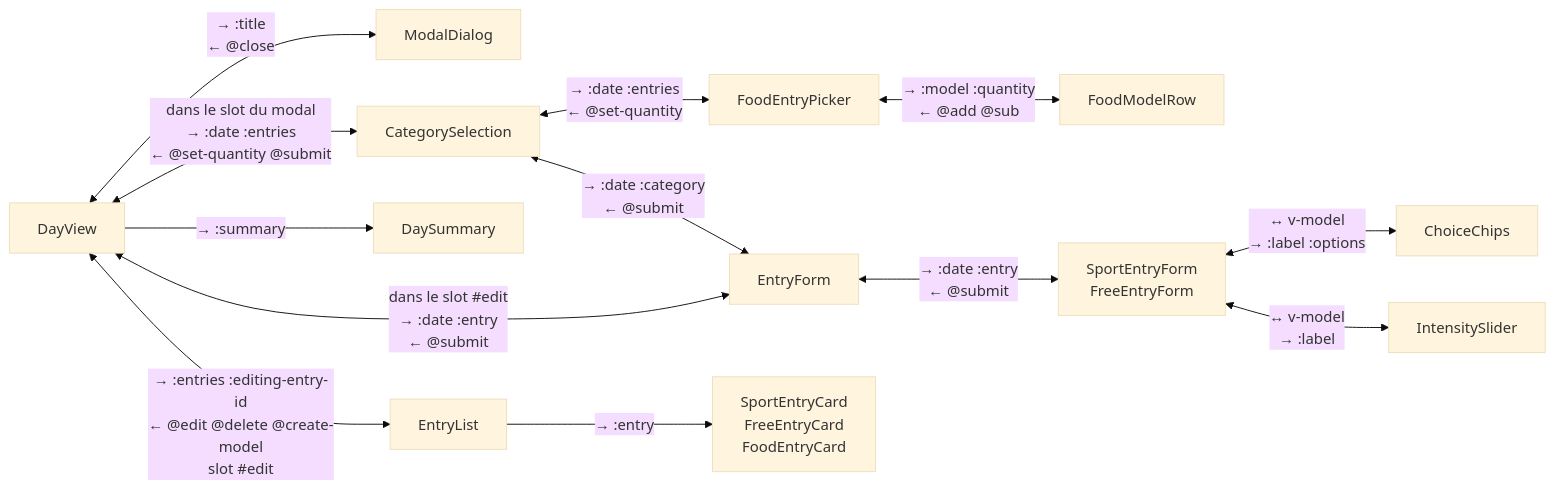
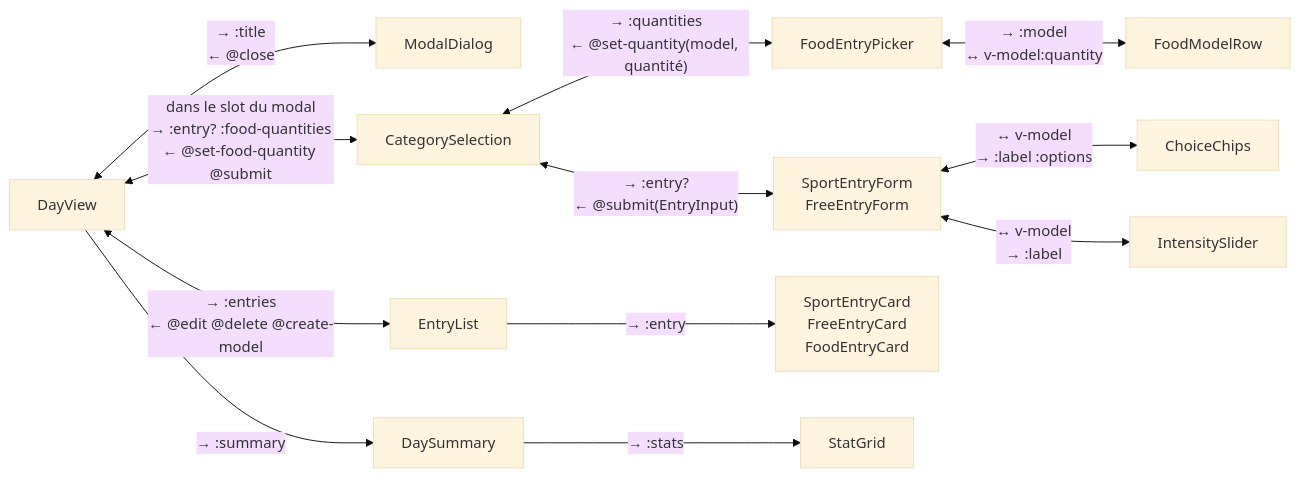
One commit to brieuc/dailyvue changed the eighth of 16 diagrams in docs/dependances.md. Above: the diagram before and after it, drawn with Mermaid (base theme). The commit also changed other lines of this file and 30 other files, not shown here.

````diff
--- a/docs/dependances.md
+++ b/docs/dependances.md
@@ -232,15 +233,14 @@
 ```mermaid
 flowchart LR
     DayView <-->|"→ :title<br/>← @close"| ModalDialog
-    DayView <-->|"dans le slot du modal<br/>→ :date :entries<br/>← @set-quantity @submit"| CategorySelection
-    CategorySelection <-->|"→ :date :entries<br/>← @set-quantity"| FoodEntryPicker
-    FoodEntryPicker <-->|"→ :model :quantity<br/>← @add @sub"| FoodModelRow
-    CategorySelection <-->|"→ :date :category<br/>← @submit"| EntryForm
-    DayView <-->|"dans le slot #edit<br/>→ :date :entry<br/>← @submit"| EntryForm
-    EntryForm <-->|"→ :date :entry<br/>← @submit"| Forms["SportEntryForm<br/>FreeEntryForm"]
+    DayView <-->|"dans le slot du modal<br/>→ :entry? :food-quantities<br/>← @set-food-quantity @submit"| CategorySelection
+    CategorySelection <-->|"→ :quantities<br/>← @set-quantity(model, quantité)"| FoodEntryPicker
+    FoodEntryPicker <-->|"→ :model<br/>↔ v-model:quantity"| FoodModelRow
+    CategorySelection <-->|"→ :entry?<br/>← @submit(EntryInput)"| Forms["SportEntryForm<br/>FreeEntryForm"]
     Forms <-->|"↔ v-model<br/>→ :label :options"| ChoiceChips
     Forms <-->|"↔ v-model<br/>→ :label"| IntensitySlider
     DayView -->|"→ :summary"| DaySummary
+    DayView <-->|"→ :entries<br/>← @edit @delete @create-model"| EntryList
     EntryList -->|"→ :entry"| Cards["SportEntryCard<br/>FreeEntryCard<br/>FoodEntryCard"]
-    DayView <-->|"→ :entries :editing-entry-id<br/>← @edit @delete @create-model<br/>slot #edit"| EntryList
+    DaySummary -->|"→ :stats"| StatGrid
 ```
````
